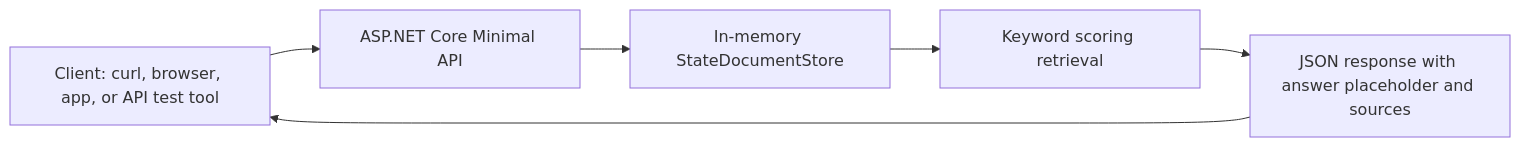
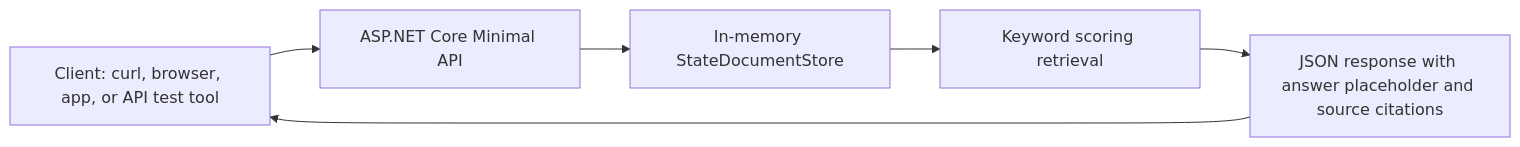
The first of 2 diagrams in docs/architecture.md (nprasann/state-rag-starter-dotnet), drawn with Mermaid before and after one commit. The commit also changed other lines of this file and 3 other files, not shown here.

````diff
--- a/docs/architecture.md
+++ b/docs/architecture.md
@@ -14,14 +14,14 @@
 ```mermaid
 flowchart LR
     Client["Client: curl, browser, app, or API test tool"]
     Api["ASP.NET Core Minimal API"]
     Store["In-memory StateDocumentStore"]
     Retriever["Keyword scoring retrieval"]
-    Response["JSON response with answer placeholder and sources"]
+    Response["JSON response with answer placeholder and source citations"]
 
     Client --> Api
     Api --> Store
     Store --> Retriever
     Retriever --> Response
     Response --> Client
 ```
````
